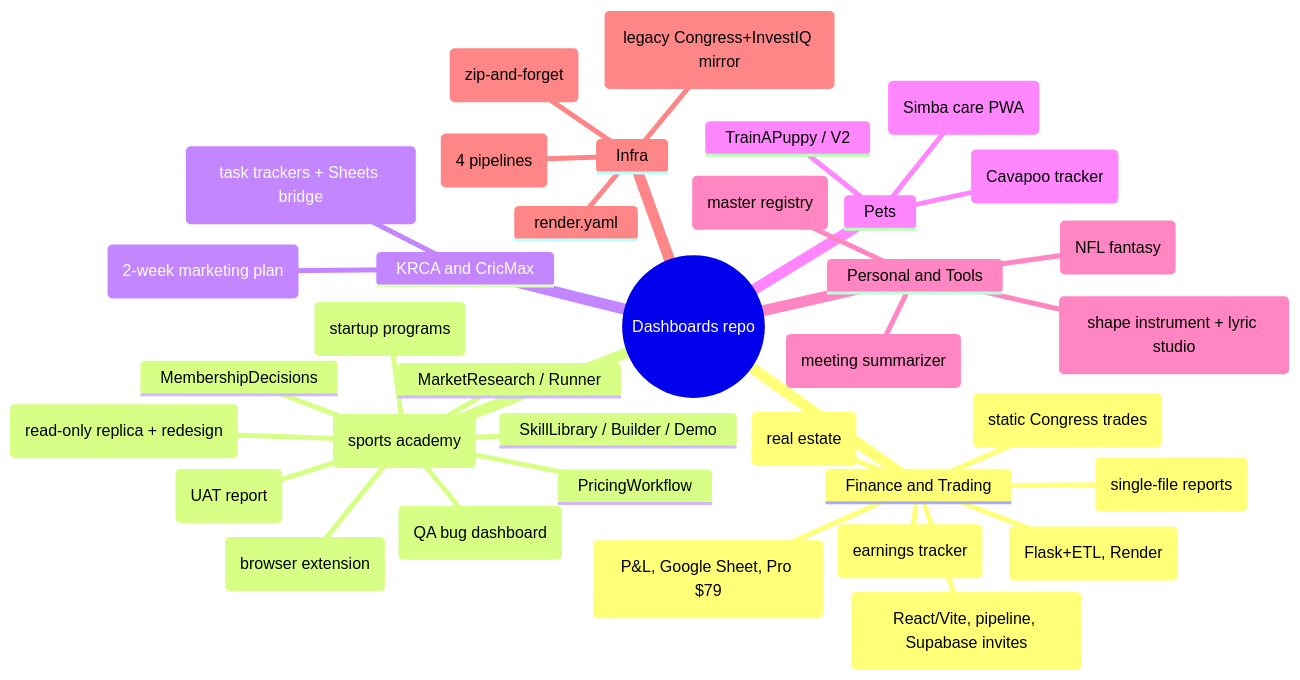
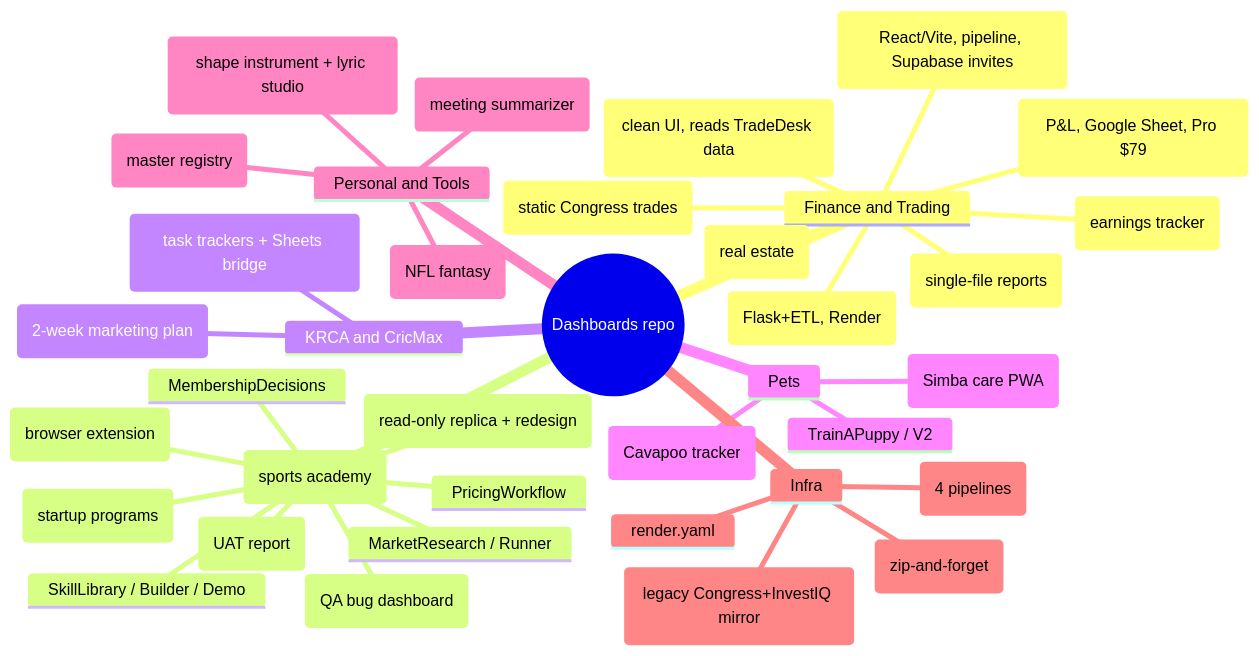
The diagram in docs/APP_CATALOG.md (apatel85/Dashboards), drawn with Mermaid before and after one commit. The commit also changed other lines of this file and 61 other files, not shown here.

First line of the commit message:
TradeDeskV2 v2-2026-11-12a: clean UI/UX rebuild in a new directory

````diff
--- a/docs/APP_CATALOG.md
+++ b/docs/APP_CATALOG.md
@@ -6,39 +6,40 @@
 ```mermaid
 mindmap
   root((Dashboards repo))
     Finance and Trading
       TradeDesk (React/Vite, pipeline, Supabase invites)
+      TradeDeskV2 (clean UI, reads TradeDesk data)
       EarningAnalysis (earnings tracker)
       CongressTradeTracker (Flask+ETL, Render)
       CapitolPulse (static Congress trades)
       PLDashboard v9 (P&L, Google Sheet, Pro $79)
       PL_CSO / Sales&COGS (single-file reports)
       InvestIQ / InvestIQV2 (real estate)
     Quixera (sports academy)
       QuixeraDev (QA bug dashboard)
       QA-Capture (browser extension)
       QuixeraDemo (read-only replica + redesign)
       QuixeraUAT (UAT report)
       QuixeraPrograms (startup programs)
       SkillLibrary / Builder / Demo
       MembershipDecisions
       PricingWorkflow
       MarketResearch / Runner
     KRCA and CricMax
       CricMaxConnect (task trackers + Sheets bridge)
       krca (2-week marketing plan)
     Pets
       WagWise (Simba care PWA)
       PawPulse (Cavapoo tracker)
       TrainAPuppy / V2
     Personal and Tools
       KineticMusic (shape instrument + lyric studio)
       VoiceInsight (meeting summarizer)
       WeeklyStatDashboard (NFL fantasy)
       AppRepoTracker (master registry)
     Infra
       .github/workflows (4 pipelines)
       render.yaml
       docs/ (legacy Congress+InvestIQ mirror)
       auto-deploy-zip.yml (zip-and-forget)
 ```
````
